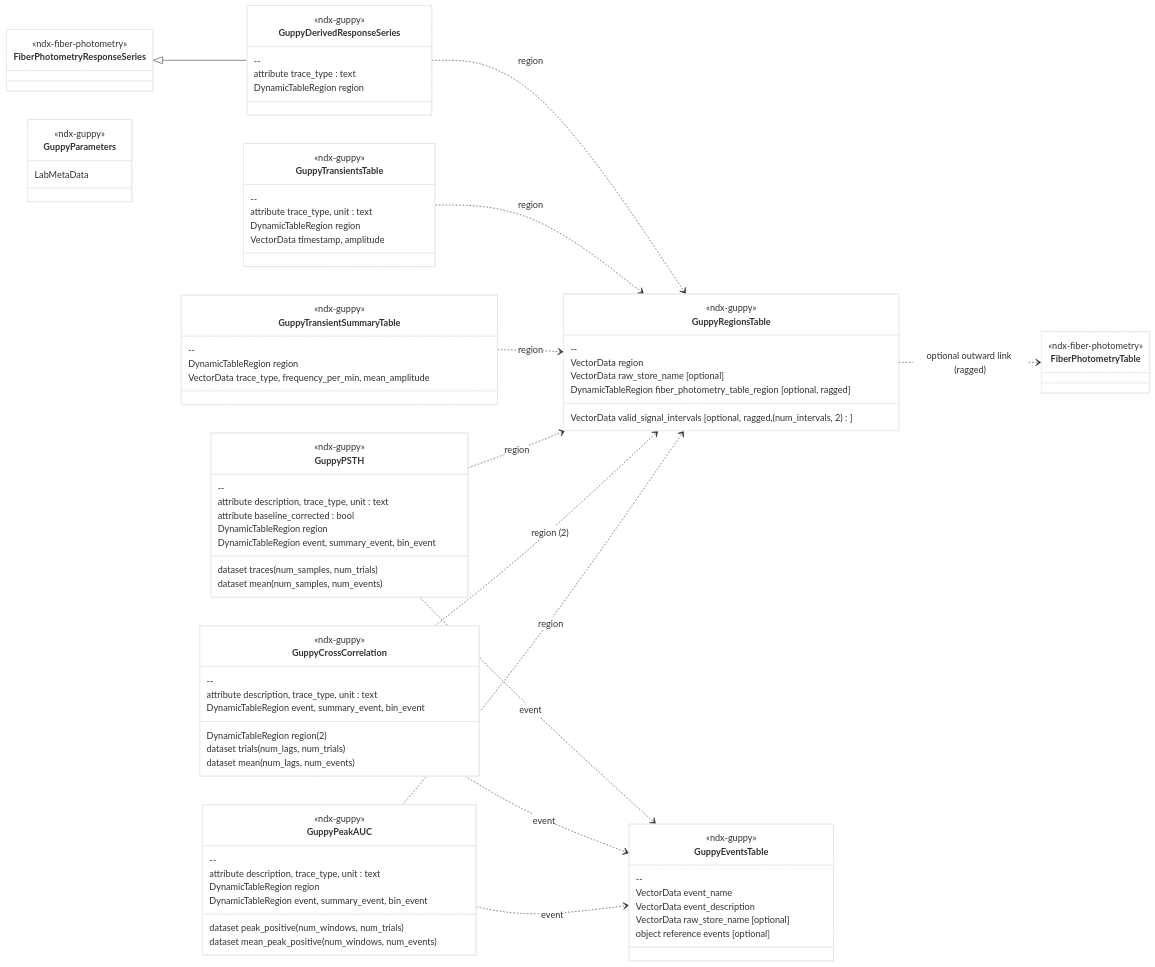
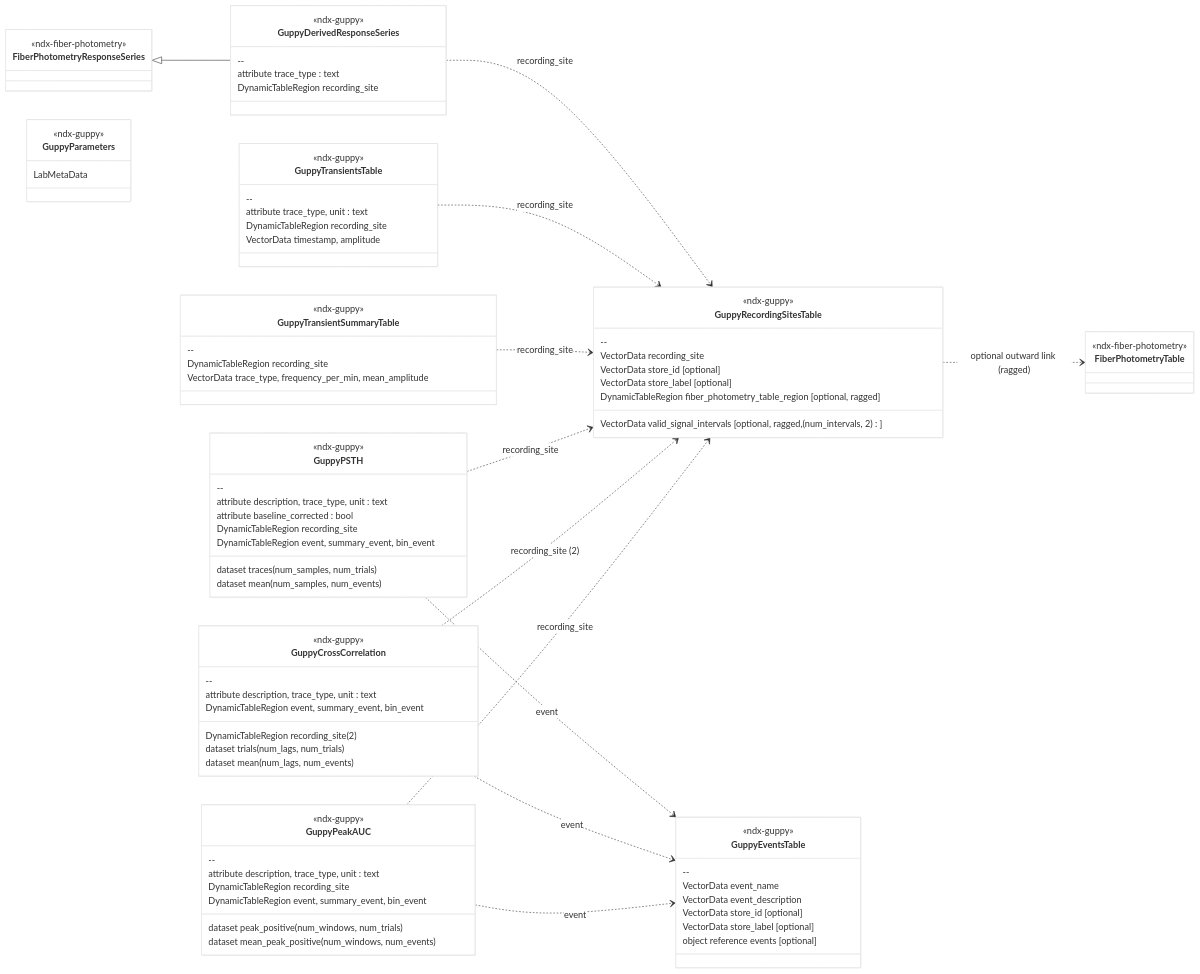
One commit to catalystneuro/ndx-guppy changed the diagram in README.md. Above: the diagram before and after it, drawn with Mermaid. The commit also changed other lines of this file and 5 other files, not shown here.

First line of the commit message:
Rename region to recording_site and store names to store_id/store_label

````diff
--- a/README.md
+++ b/README.md
@@ -228,15 +231,16 @@
         <<ndx-guppy>>
         --
         attribute trace_type : text
-        DynamicTableRegion region
+        DynamicTableRegion recording_site
     }
     FiberPhotometryResponseSeries <|-- GuppyDerivedResponseSeries
 
-    class GuppyRegionsTable {
+    class GuppyRecordingSitesTable {
         <<ndx-guppy>>
         --
-        VectorData region
-        VectorData raw_store_name [optional]
+        VectorData recording_site
+        VectorData store_id [optional]
+        VectorData store_label [optional]
         DynamicTableRegion fiber_photometry_table_region [optional, ragged]
         VectorData valid_signal_intervals [optional, ragged, (num_intervals, 2)]
     }
@@ -245,7 +249,8 @@
         --
         VectorData event_name
         VectorData event_description
-        VectorData raw_store_name [optional]
+        VectorData store_id [optional]
+        VectorData store_label [optional]
         object reference events [optional]
     }
 
@@ -253,13 +258,13 @@
         <<ndx-guppy>>
         --
         attribute trace_type, unit : text
-        DynamicTableRegion region
+        DynamicTableRegion recording_site
         VectorData timestamp, amplitude
     }
     class GuppyTransientSummaryTable {
         <<ndx-guppy>>
         --
-        DynamicTableRegion region
+        DynamicTableRegion recording_site
         VectorData trace_type, frequency_per_min, mean_amplitude
     }
     class GuppyPSTH {
@@ -267,7 +272,7 @@
         --
         attribute description, trace_type, unit : text
         attribute baseline_corrected : bool
-        DynamicTableRegion region
+        DynamicTableRegion recording_site
         DynamicTableRegion event, summary_event, bin_event
         dataset traces (num_samples, num_trials)
         dataset mean (num_samples, num_events)
@@ -276,7 +281,7 @@
         <<ndx-guppy>>
         --
         attribute description, trace_type, unit : text
-        DynamicTableRegion region (2)
+        DynamicTableRegion recording_site (2)
         DynamicTableRegion event, summary_event, bin_event
         dataset trials (num_lags, num_trials)
         dataset mean (num_lags, num_events)
@@ -285,7 +290,7 @@
         <<ndx-guppy>>
         --
         attribute description, trace_type, unit : text
-        DynamicTableRegion region
+        DynamicTableRegion recording_site
         DynamicTableRegion event, summary_event, bin_event
         dataset peak_positive (num_windows, num_trials)
         dataset mean_peak_positive (num_windows, num_events)
@@ -295,14 +300,14 @@
         LabMetaData
     }
 
-    GuppyDerivedResponseSeries ..> GuppyRegionsTable : region
-    GuppyTransientsTable ..> GuppyRegionsTable : region
-    GuppyTransientSummaryTable ..> GuppyRegionsTable : region
-    GuppyPSTH ..> GuppyRegionsTable : region
+    GuppyDerivedResponseSeries ..> GuppyRecordingSitesTable : recording_site
+    GuppyTransientsTable ..> GuppyRecordingSitesTable : recording_site
+    GuppyTransientSummaryTable ..> GuppyRecordingSitesTable : recording_site
+    GuppyPSTH ..> GuppyRecordingSitesTable : recording_site
     GuppyPSTH ..> GuppyEventsTable : event
-    GuppyCrossCorrelation ..> GuppyRegionsTable : region (2)
+    GuppyCrossCorrelation ..> GuppyRecordingSitesTable : recording_site (2)
     GuppyCrossCorrelation ..> GuppyEventsTable : event
-    GuppyPeakAUC ..> GuppyRegionsTable : region
+    GuppyPeakAUC ..> GuppyRecordingSitesTable : recording_site
     GuppyPeakAUC ..> GuppyEventsTable : event
-    GuppyRegionsTable ..> FiberPhotometryTable : optional outward link (ragged)
+    GuppyRecordingSitesTable ..> FiberPhotometryTable : optional outward link (ragged)
 ```
````
